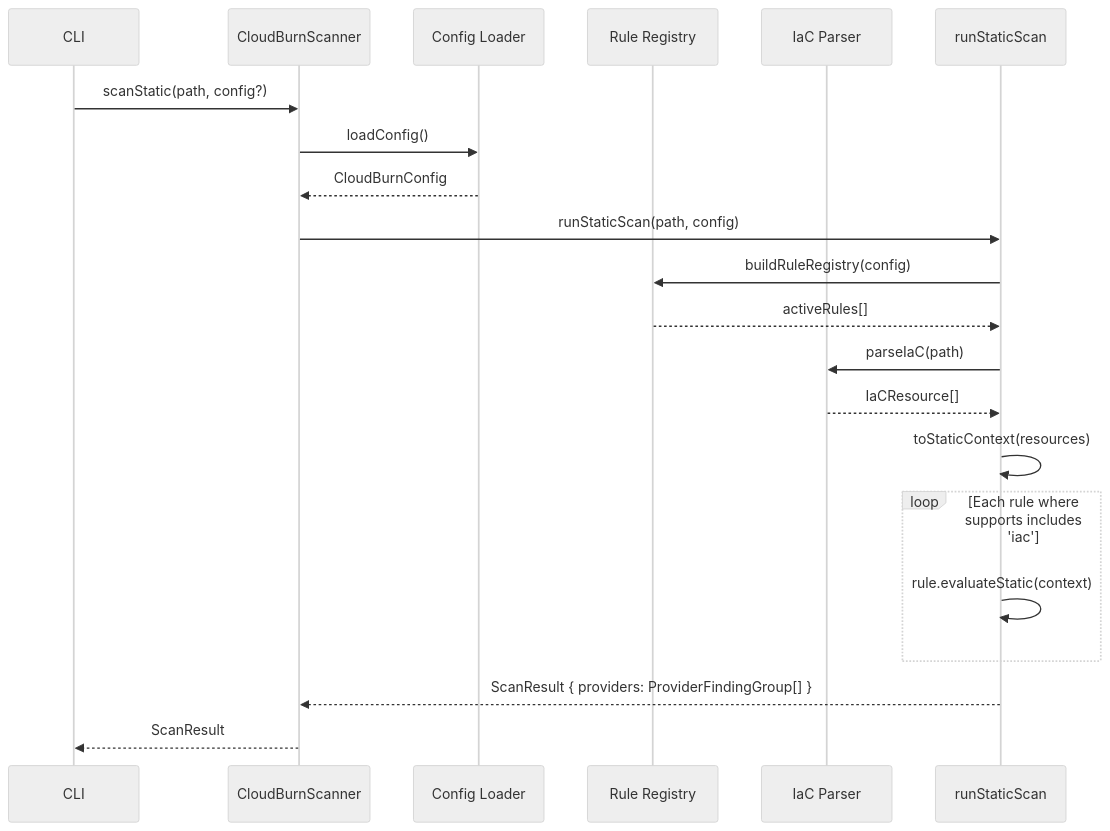
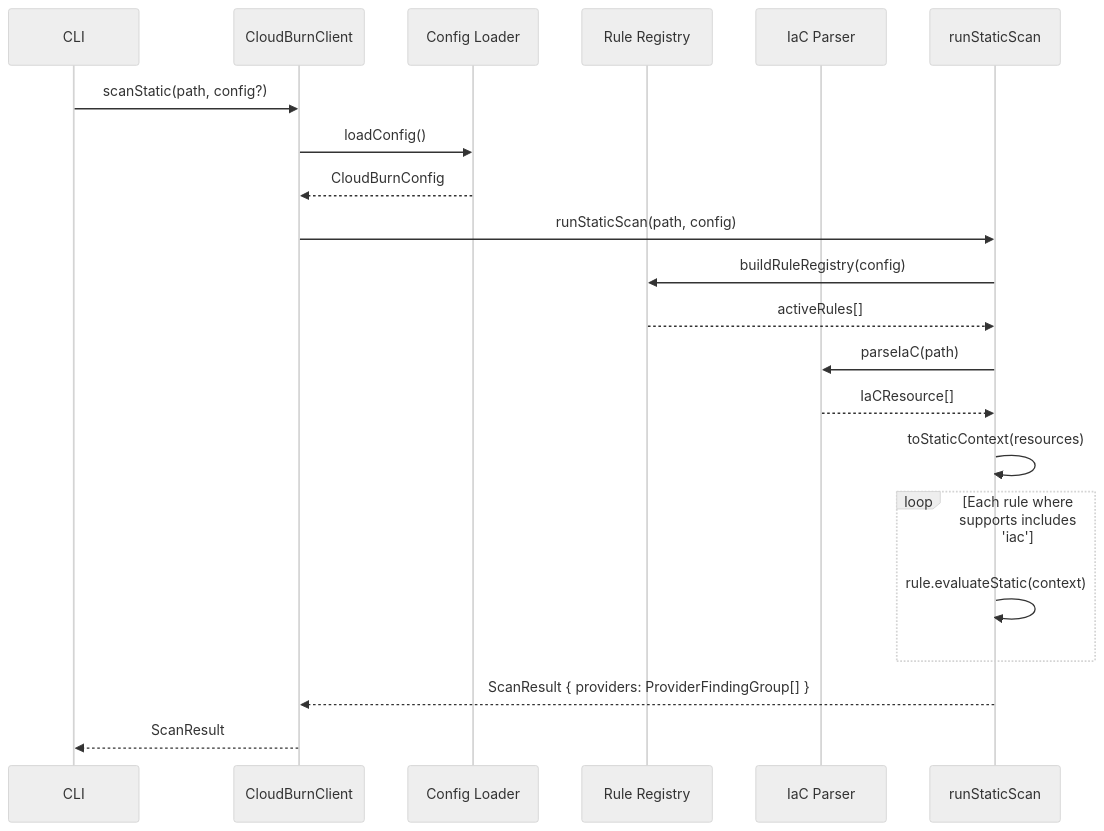
The second of 3 diagrams in docs/ARCHITECTURE.md (towardsthecloud/cloudburn), drawn with Mermaid (neutral theme) before and after one commit. The commit also changed other lines of this file and 59 other files, not shown here.

````diff
--- a/docs/ARCHITECTURE.md
+++ b/docs/ARCHITECTURE.md
@@ -19,24 +19,24 @@
 ```mermaid
 sequenceDiagram
   participant CLI
-  participant Scanner as CloudBurnScanner
+  participant Scanner as CloudBurnClient
   participant Config as Config Loader
   participant Registry as Rule Registry
   participant Parser as IaC Parser
   participant Engine as runStaticScan
 
   CLI->>Scanner: scanStatic(path, config?)
   Scanner->>Config: loadConfig()
   Config-->>Scanner: CloudBurnConfig
   Scanner->>Engine: runStaticScan(path, config)
   Engine->>Registry: buildRuleRegistry(config)
   Registry-->>Engine: activeRules[]
   Engine->>Parser: parseIaC(path)
   Parser-->>Engine: IaCResource[]
   Engine->>Engine: toStaticContext(resources)
   loop Each rule where supports includes 'iac'
     Engine->>Engine: rule.evaluateStatic(context)
   end
   Engine-->>Scanner: ScanResult { providers: ProviderFindingGroup[] }
   Scanner-->>CLI: ScanResult
 ```
````
